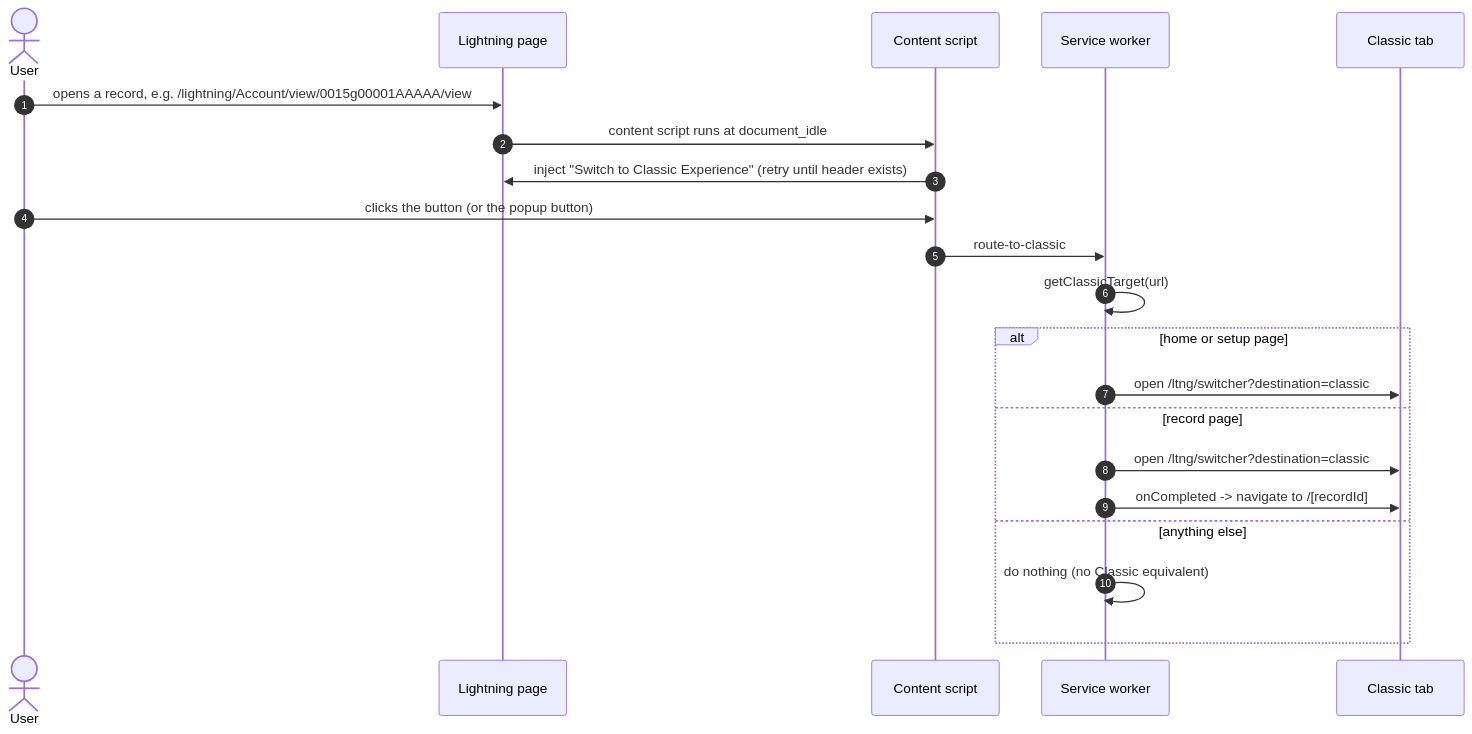
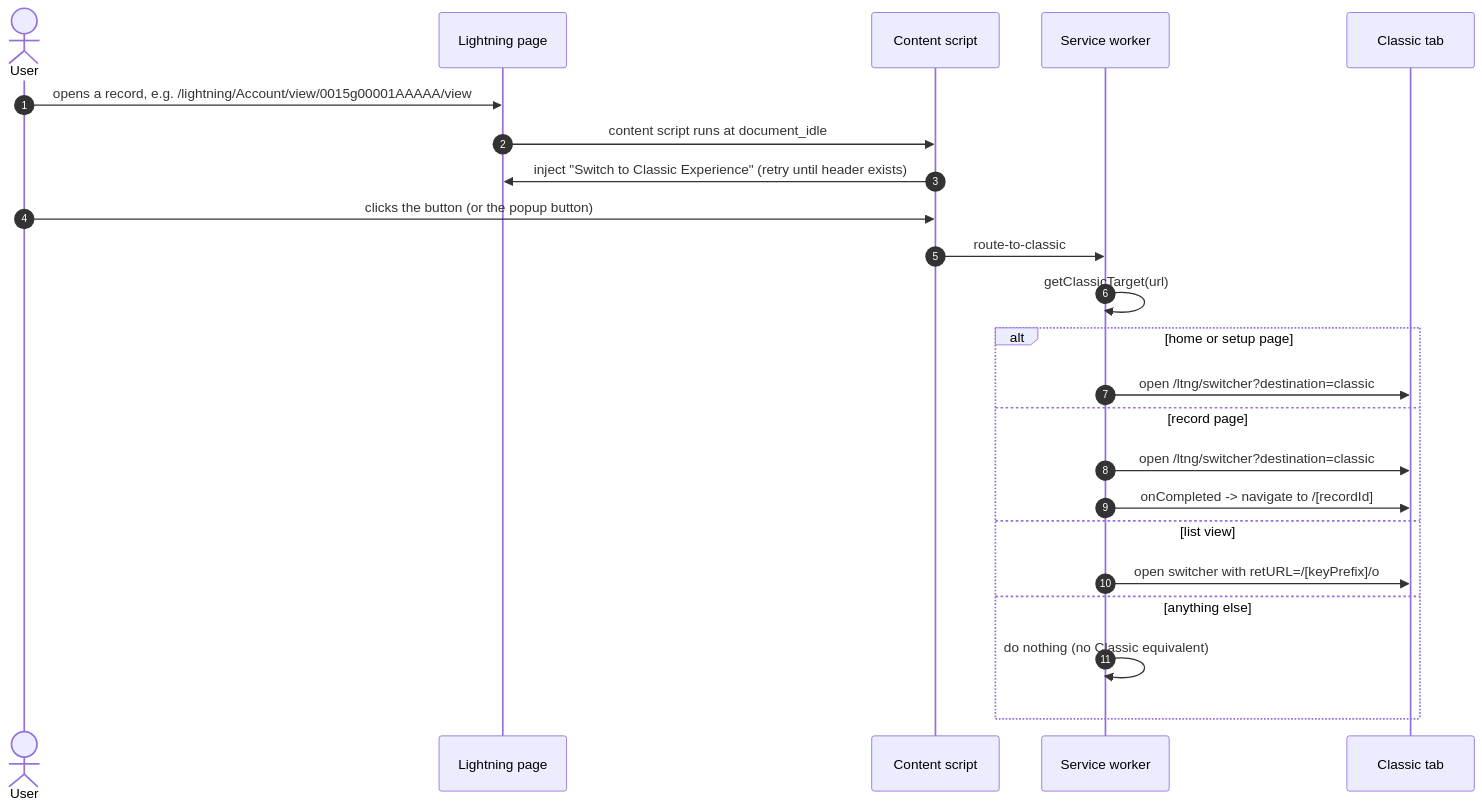
The second of 3 diagrams in docs/architecture.md (selegic/switch-to-classic), drawn with Mermaid before and after one commit. The commit also changed other lines of this file and 8 other files, not shown here.

First line of the commit message:
feat: switch in the current tab; open Classic object home from list views (#18)

````diff
--- a/docs/architecture.md
+++ b/docs/architecture.md
@@ -93,25 +93,27 @@
 ```mermaid
 sequenceDiagram
     autonumber
     actor User
     participant Page as Lightning page
     participant CS as Content script
     participant SW as Service worker
     participant Classic as Classic tab
 
     User->>Page: opens a record, e.g. /lightning/Account/view/0015g00001AAAAA/view
     Page->>CS: content script runs at document_idle
     CS->>Page: inject "Switch to Classic Experience" (retry until header exists)
 
     User->>CS: clicks the button (or the popup button)
     CS->>SW: route-to-classic
     SW->>SW: getClassicTarget(url)
     alt home or setup page
         SW->>Classic: open /ltng/switcher?destination=classic
     else record page
         SW->>Classic: open /ltng/switcher?destination=classic
         SW->>Classic: onCompleted -> navigate to /[recordId]
+    else list view
+        SW->>Classic: open switcher with retURL=/[keyPrefix]/o
     else anything else
         SW->>SW: do nothing (no Classic equivalent)
     end
 ```
````
